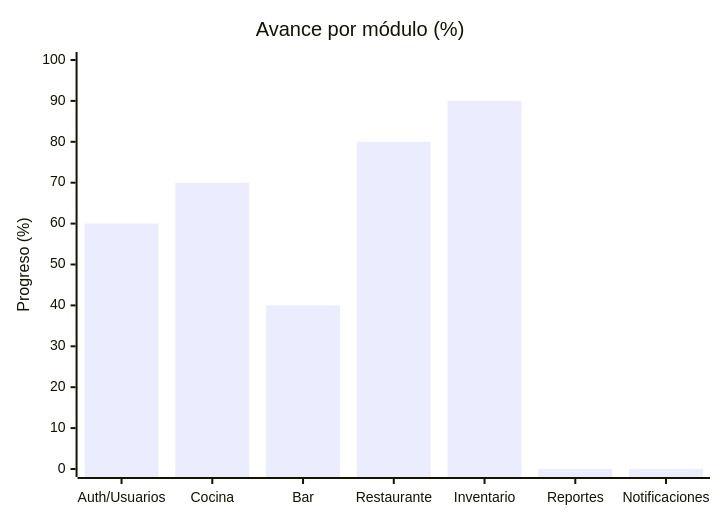
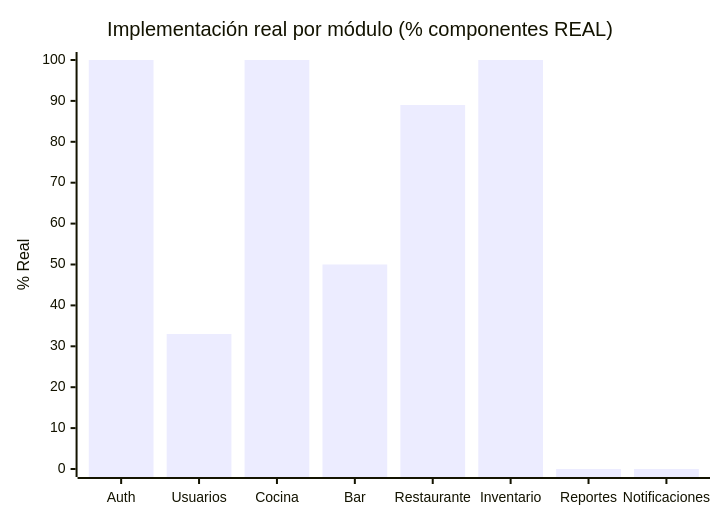
The second of 9 diagrams in .ai/nav-map.md (Brian7st/GastrosenaFrontend), drawn with Mermaid before and after one commit. The commit also changed other lines of this file, not shown here.

Commit message:
docs: auditoria real de componentes - 81.8% implementado verificado

````diff
--- a/.ai/nav-map.md
+++ b/.ai/nav-map.md
@@ -26,7 +29,7 @@
 ```mermaid
 xychart-beta
-    title "Avance por módulo (%)"
-    x-axis ["Auth/Usuarios", "Cocina", "Bar", "Restaurante", "Inventario", "Reportes", "Notificaciones"]
-    y-axis "Progreso (%)" 0 --> 100
-    bar [60, 70, 40, 80, 90, 0, 0]
+    title "Implementación real por módulo (% componentes REAL)"
+    x-axis ["Auth", "Usuarios", "Cocina", "Bar", "Restaurante", "Inventario", "Reportes", "Notificaciones"]
+    y-axis "% Real" 0 --> 100
+    bar [100, 33, 100, 50, 89, 100, 0, 0]
 ```
````
